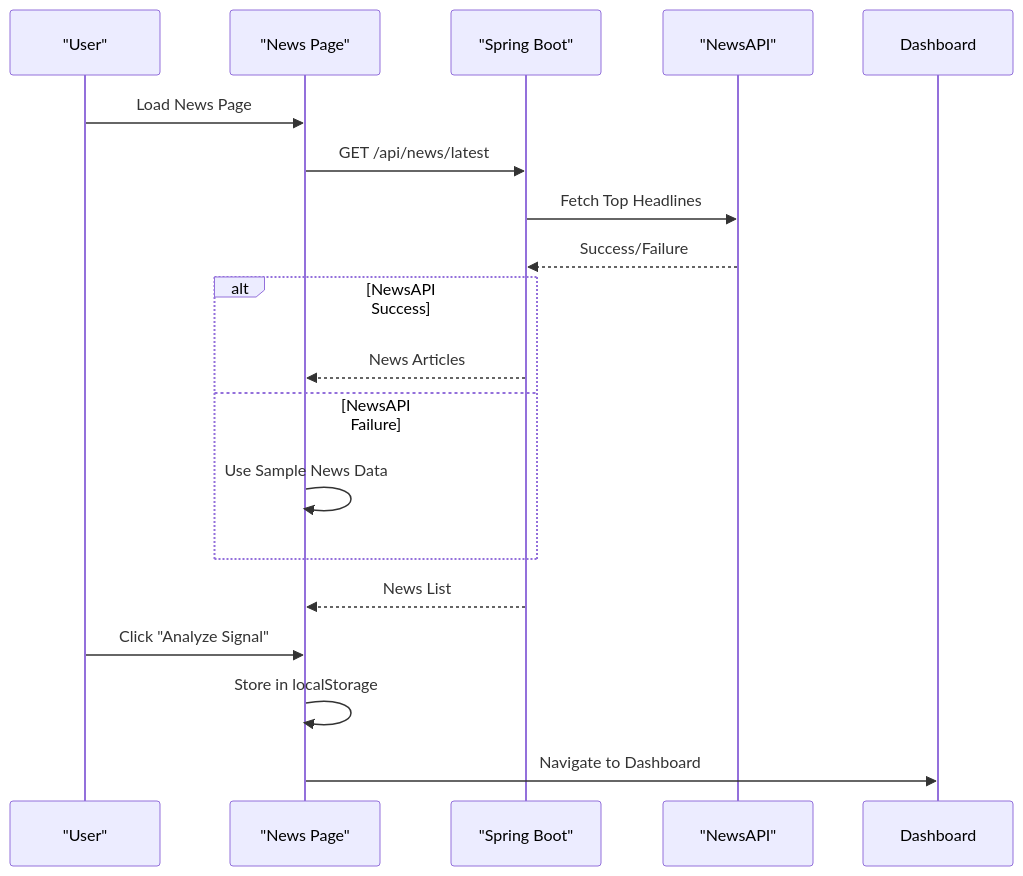
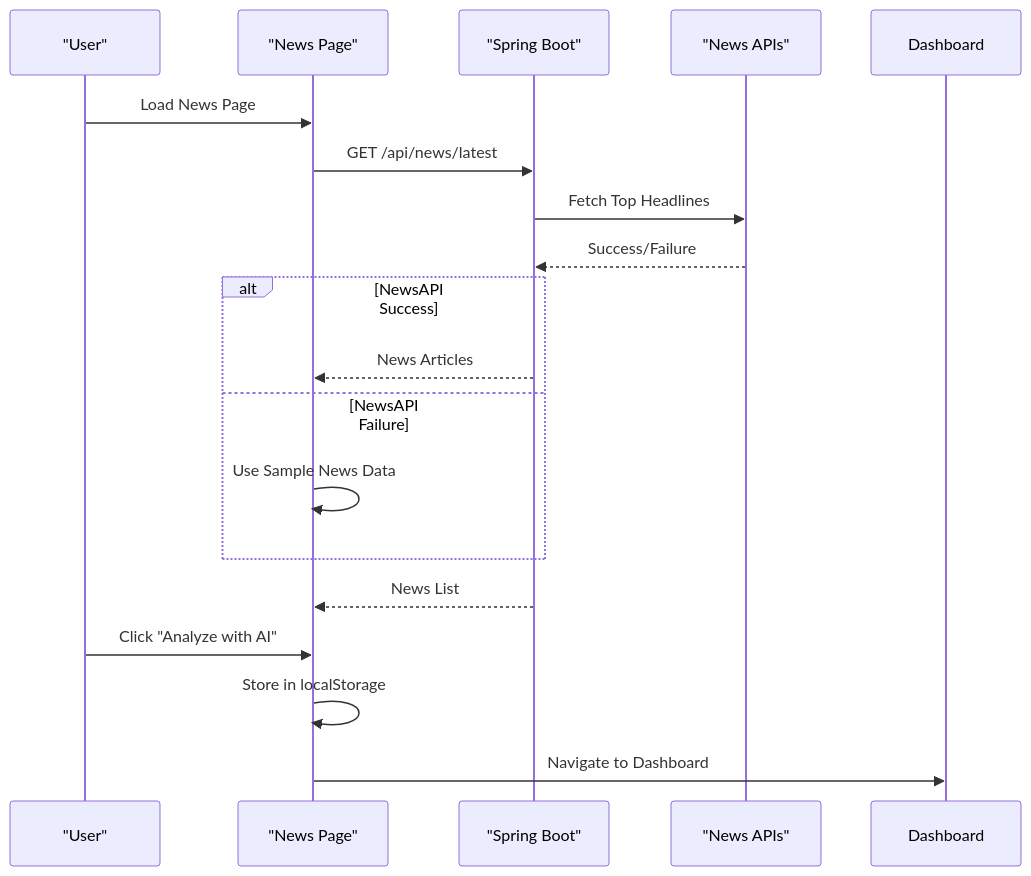
One commit to ayushtiwari1526/TheReinforcers_AyushTiwari changed the fifth of 7 diagrams in .qoder/repowiki/en/content/JavaScript Implementation.md. Above: the diagram before and after it, drawn with Mermaid. The commit also changed other lines of this file and 15 other files, not shown here.

````diff
--- a/.qoder/repowiki/en/content/JavaScript Implementation.md
+++ b/.qoder/repowiki/en/content/JavaScript Implementation.md
@@ -213,20 +282,20 @@
 ```mermaid
 sequenceDiagram
 participant User as "User"
 participant NewsPage as "News Page"
 participant Backend as "Spring Boot"
-participant NewsAPI as "NewsAPI"
+participant NewsAPI as "News APIs"
 User->>NewsPage : Load News Page
 NewsPage->>Backend : GET /api/news/latest
 Backend->>NewsAPI : Fetch Top Headlines
 NewsAPI-->>Backend : Success/Failure
 alt NewsAPI Success
 Backend-->>NewsPage : News Articles
 else NewsAPI Failure
 NewsPage->>NewsPage : Use Sample News Data
 end
 Backend-->>NewsPage : News List
-User->>NewsPage : Click "Analyze Signal"
+User->>NewsPage : Click "Analyze with AI"
 NewsPage->>NewsPage : Store in localStorage
 NewsPage->>Dashboard : Navigate to Dashboard
 ```
````
